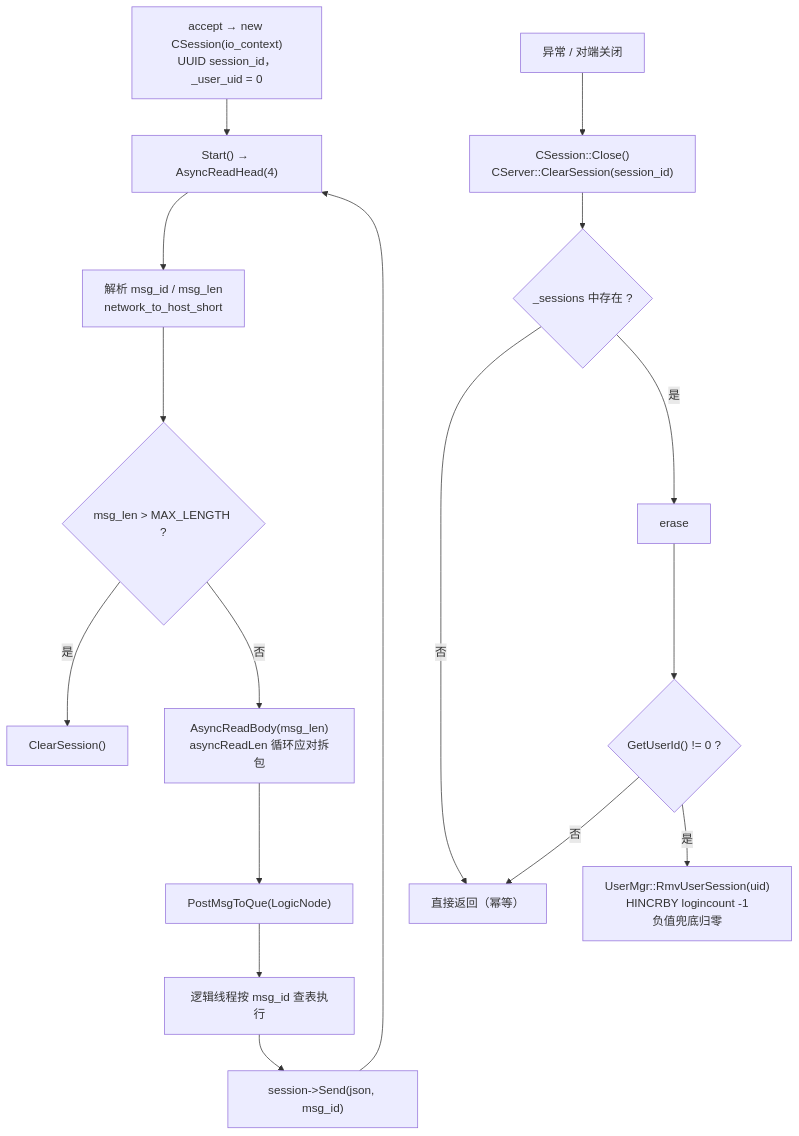
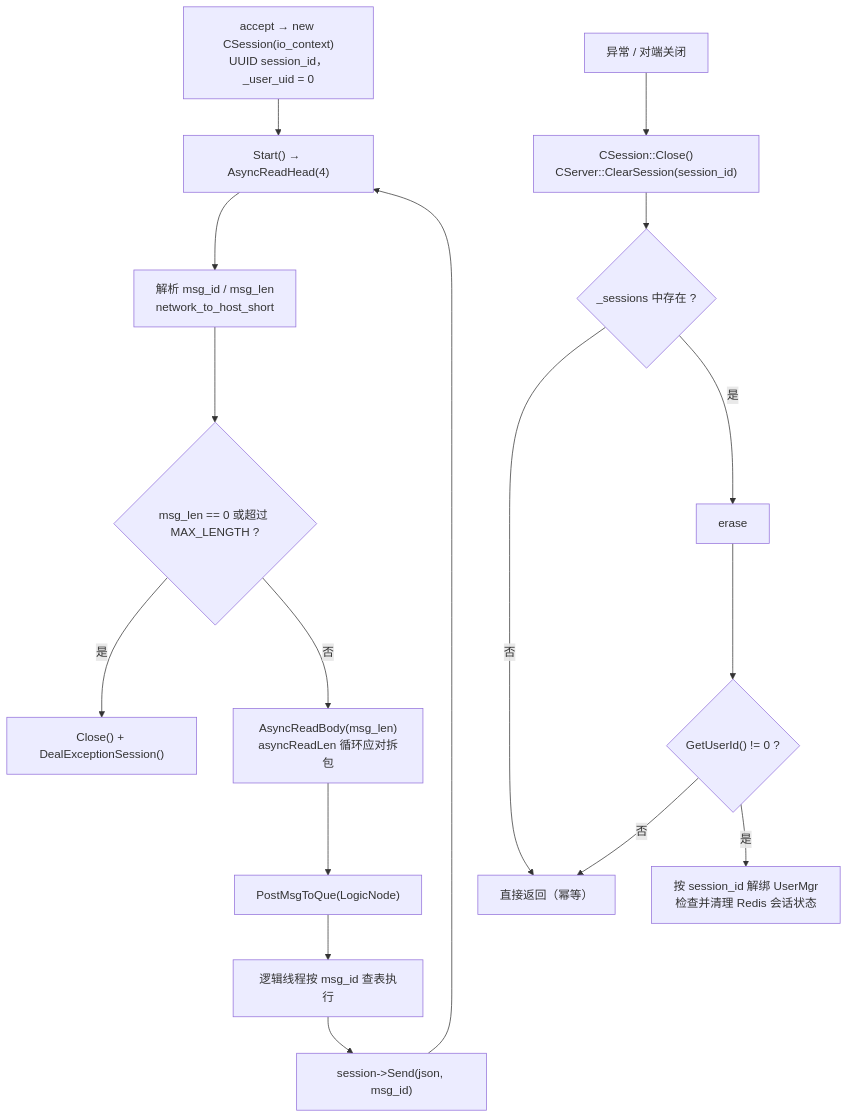
One commit to yrc920/xiguchat changed the fifth of 5 diagrams in docs/01-architecture.md. Above: the diagram before and after it, drawn with Mermaid. The commit also changed other lines of this file and 65 other files, not shown here.

````diff
--- a/docs/01-architecture.md
+++ b/docs/01-architecture.md
@@ -200,20 +200,20 @@
 ```mermaid
 flowchart TB
     A["accept → new CSession(io_context)<br/>UUID session_id，_user_uid = 0"] --> B["Start() → AsyncReadHead(4)"]
     B --> C["解析 msg_id / msg_len<br/>network_to_host_short"]
-    C --> D{"msg_len > MAX_LENGTH ?"}
-    D -->|是| X["ClearSession()"]
+    C --> D{"msg_len == 0 或超过 MAX_LENGTH ?"}
+    D -->|是| X["Close() + DealExceptionSession()"]
     D -->|否| E["AsyncReadBody(msg_len)<br/>asyncReadLen 循环应对拆包"]
     E --> F["PostMsgToQue(LogicNode)"]
     F --> G["逻辑线程按 msg_id 查表执行"]
     G --> H["session->Send(json, msg_id)"]
     H --> B
 
     Close["异常 / 对端关闭"] --> I["CSession::Close()<br/>CServer::ClearSession(session_id)"]
     I --> J{"_sessions 中存在 ?"}
     J -->|否| K["直接返回（幂等）"]
     J -->|是| L["erase"]
     L --> M{"GetUserId() != 0 ?"}
     M -->|否| K
-    M -->|是| N["UserMgr::RmvUserSession(uid)<br/>HINCRBY logincount -1<br/>负值兜底归零"]
+    M -->|是| N["按 session_id 解绑 UserMgr<br/>检查并清理 Redis 会话状态"]
 ```
````
